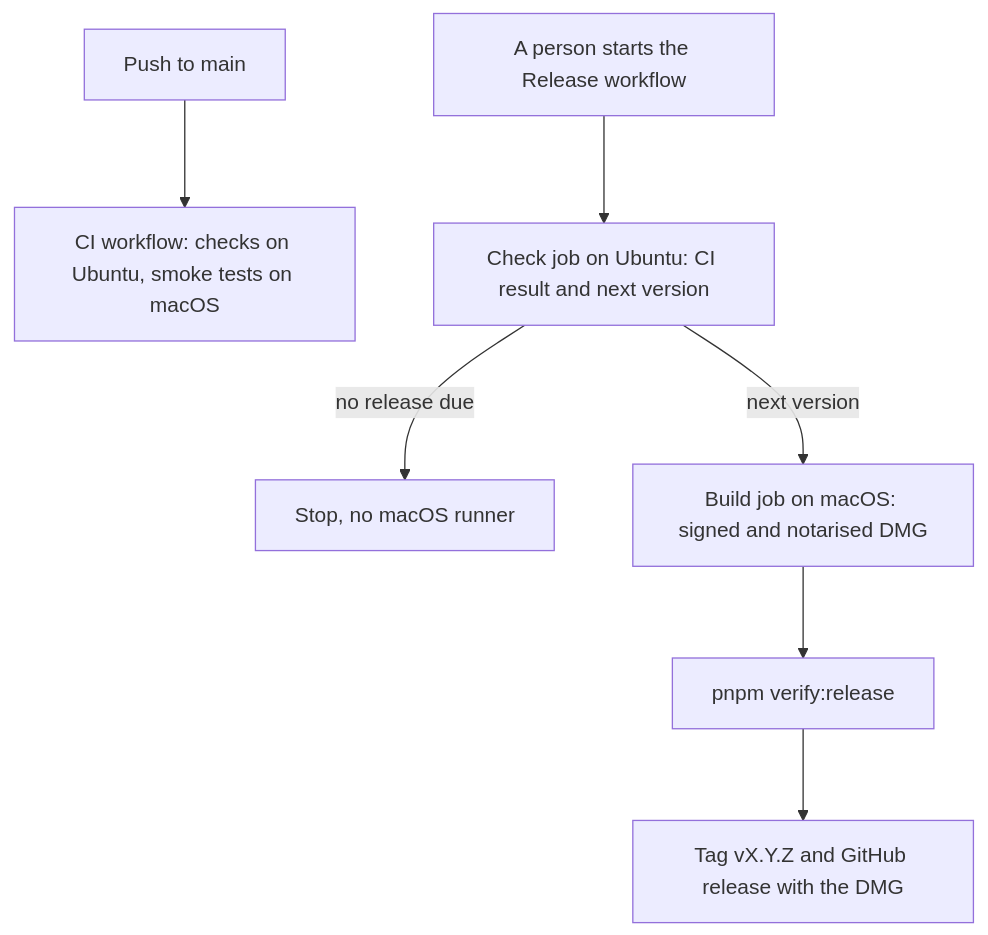
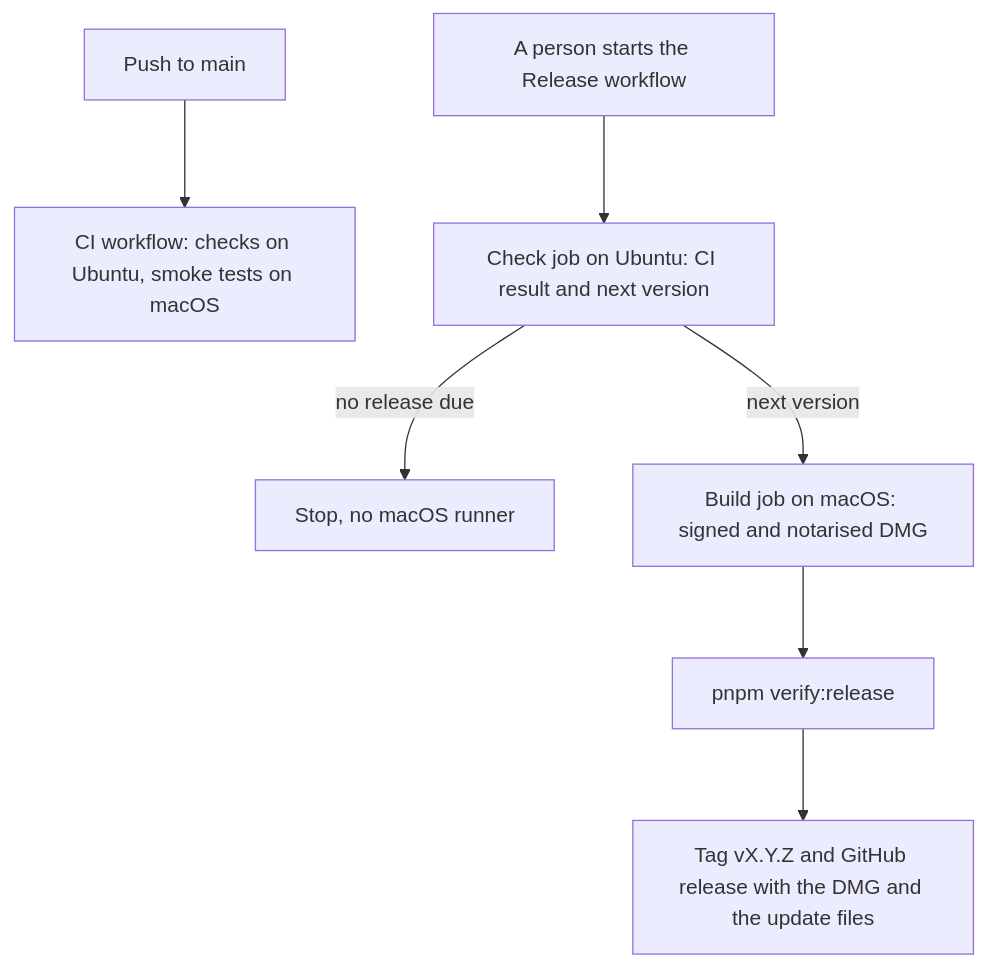
Before and after one commit to Keane54/bifrost: the diagram in README.md, drawn with Mermaid. The commit also changed other lines of this file, not shown here.

First line of the commit message:
docs(readme): describe the updater and the release assets

````diff
--- a/README.md
+++ b/README.md
@@ -121,10 +124,10 @@
 ```mermaid
 %%{init: {'flowchart': {'nodeSpacing': 60, 'rankSpacing': 70}}}%%
 flowchart TB
     Main[Push to main] --> CI[CI workflow: checks on Ubuntu, smoke tests on macOS]
     Person[A person starts the Release workflow] --> Check[Check job on Ubuntu: CI result and next version]
     Check -->|no release due| Stop[Stop, no macOS runner]
     Check -->|next version| Build[Build job on macOS: signed and notarised DMG]
     Build --> Verify[pnpm verify:release]
-    Verify --> GitHub[Tag vX.Y.Z and GitHub release with the DMG]
+    Verify --> GitHub[Tag vX.Y.Z and GitHub release with the DMG and the update files]
 ```
````
